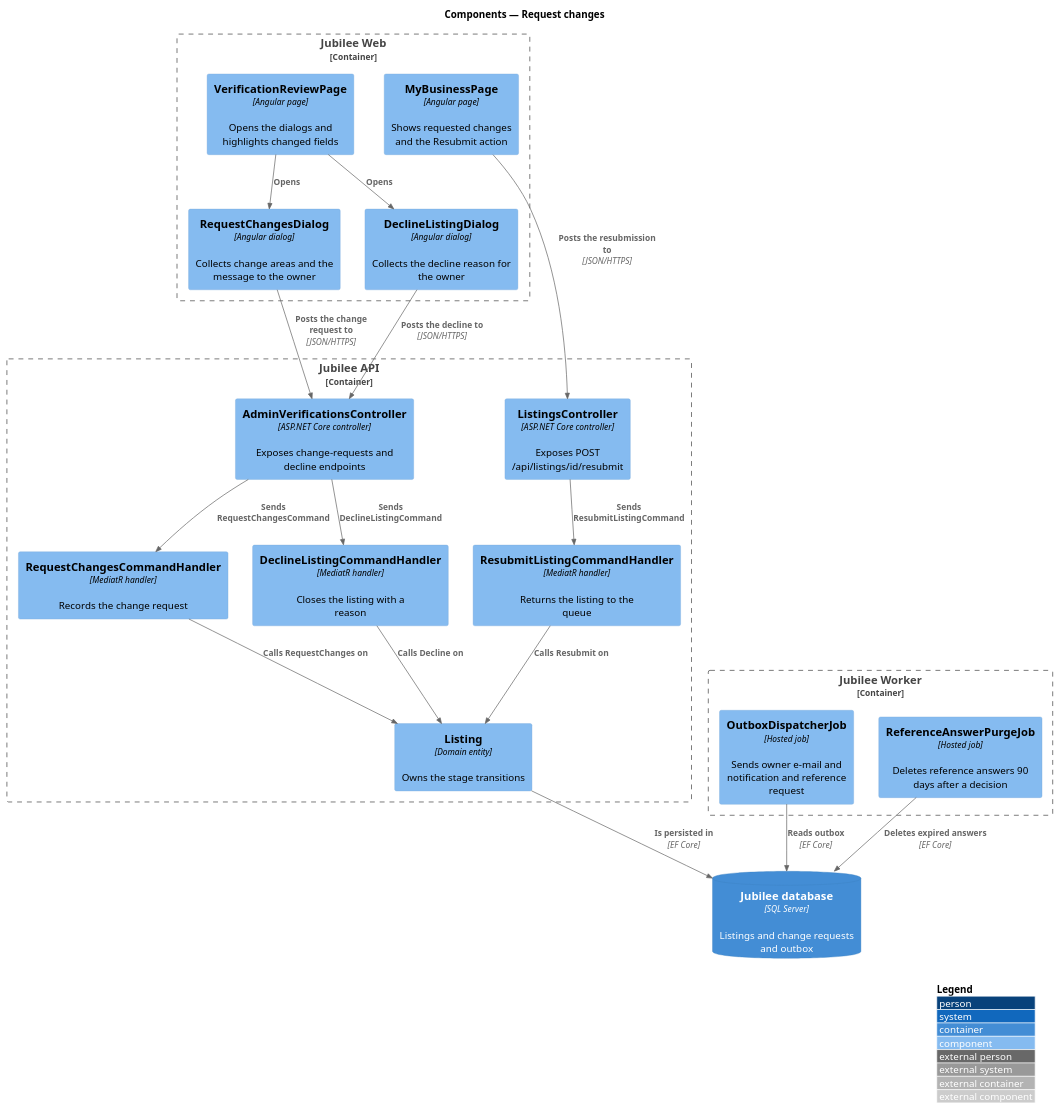
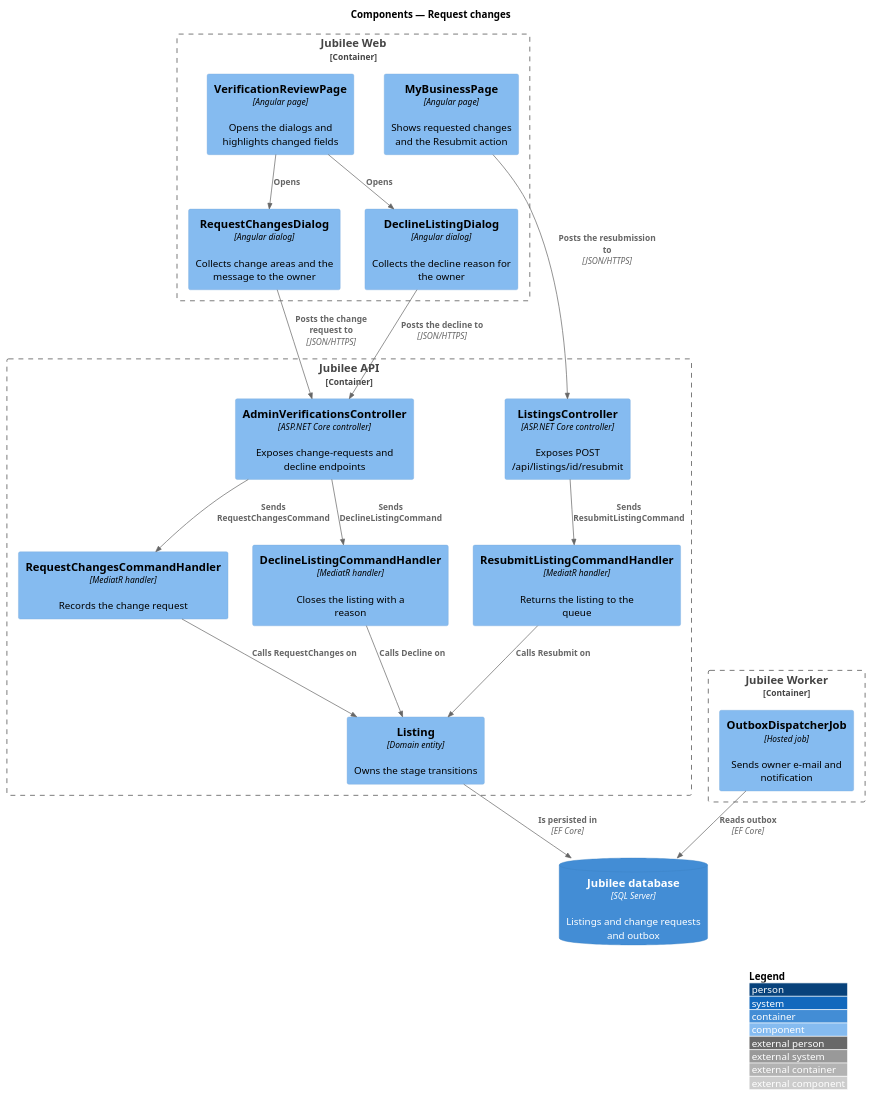
Before and after one commit to QuinntyneBrown/jubilee: the diagram in docs/detailed-designs/verification/request-changes/diagrams/c4-component.puml, drawn with PlantUML. The commit also changed 333 other files, not shown here.

```diff
--- a/docs/detailed-designs/verification/request-changes/diagrams/c4-component.puml
+++ b/docs/detailed-designs/verification/request-changes/diagrams/c4-component.puml
@@ -1,39 +1,37 @@
 @startuml
 !include <C4/C4_Component>
 LAYOUT_WITH_LEGEND()
 title Components — Request changes
 Container_Boundary(web, "Jubilee Web") {
   Component(review, "VerificationReviewPage", "Angular page", "Opens the dialogs and highlights changed fields")
   Component(rdialog, "RequestChangesDialog", "Angular dialog", "Collects change areas and the message to the owner")
   Component(ddialog, "DeclineListingDialog", "Angular dialog", "Collects the decline reason for the owner")
   Component(mybiz, "MyBusinessPage", "Angular page", "Shows requested changes and the Resubmit action")
 }
 Container_Boundary(api, "Jubilee API") {
   Component(actrl, "AdminVerificationsController", "ASP.NET Core controller", "Exposes change-requests and decline endpoints")
   Component(lctrl, "ListingsController", "ASP.NET Core controller", "Exposes POST /api/listings/id/resubmit")
   Component(rh, "RequestChangesCommandHandler", "MediatR handler", "Records the change request")
   Component(sh, "ResubmitListingCommandHandler", "MediatR handler", "Returns the listing to the queue")
   Component(dh, "DeclineListingCommandHandler", "MediatR handler", "Closes the listing with a reason")
   Component(listing, "Listing", "Domain entity", "Owns the stage transitions")
 }
 Container_Boundary(worker, "Jubilee Worker") {
-  Component(outbox, "OutboxDispatcherJob", "Hosted job", "Sends owner e-mail and notification and reference request")
-  Component(purge, "ReferenceAnswerPurgeJob", "Hosted job", "Deletes reference answers 90 days after a decision")
+  Component(outbox, "OutboxDispatcherJob", "Hosted job", "Sends owner e-mail and notification")
 }
 ContainerDb(db, "Jubilee database", "SQL Server", "Listings and change requests and outbox")
 
 Rel(review, rdialog, "Opens")
 Rel(review, ddialog, "Opens")
 Rel(rdialog, actrl, "Posts the change request to", "JSON/HTTPS")
 Rel(ddialog, actrl, "Posts the decline to", "JSON/HTTPS")
 Rel(mybiz, lctrl, "Posts the resubmission to", "JSON/HTTPS")
 Rel(actrl, rh, "Sends RequestChangesCommand")
 Rel(actrl, dh, "Sends DeclineListingCommand")
 Rel(lctrl, sh, "Sends ResubmitListingCommand")
 Rel(rh, listing, "Calls RequestChanges on")
 Rel(sh, listing, "Calls Resubmit on")
 Rel(dh, listing, "Calls Decline on")
 Rel(listing, db, "Is persisted in", "EF Core")
 Rel(outbox, db, "Reads outbox", "EF Core")
-Rel(purge, db, "Deletes expired answers", "EF Core")
 @enduml
```
